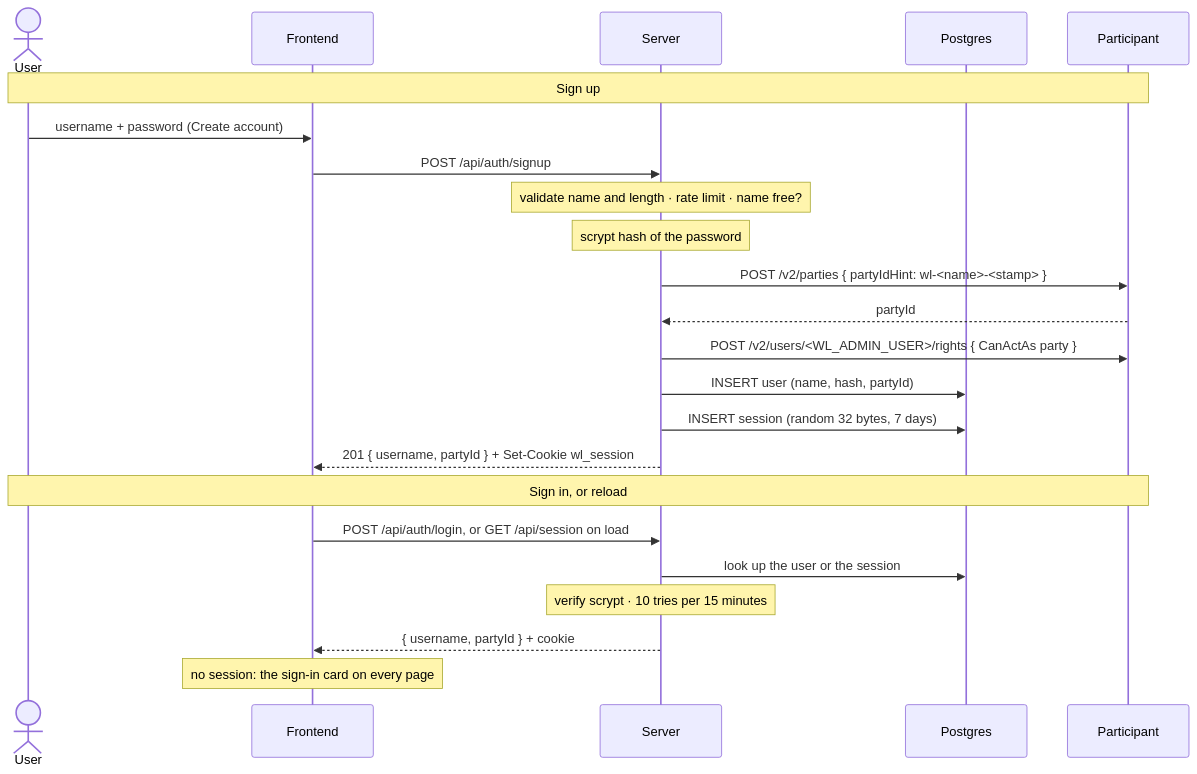
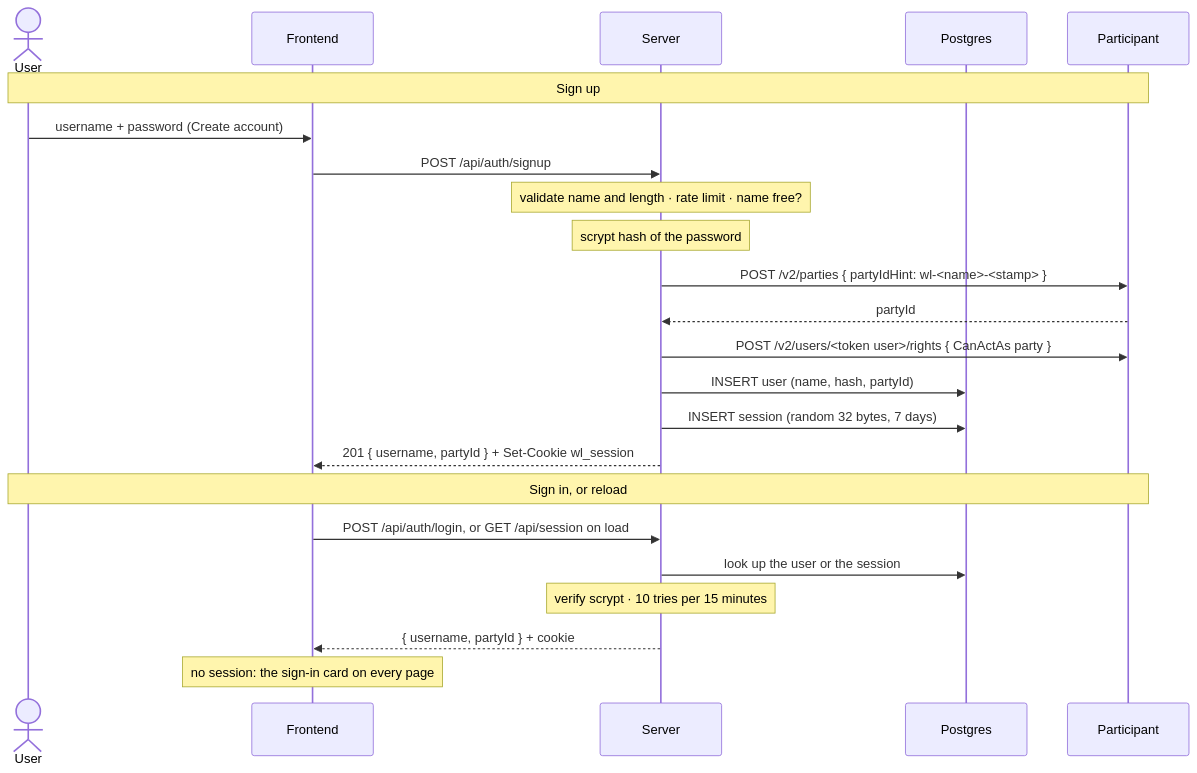
The first of 2 diagrams in example-dapps/amulet-vesting-walletless/architecture.md (BootNodeDev/canton-dappbooster), drawn with Mermaid before and after one commit. The commit also changed other lines of this file and 7 other files, not shown here.

First line of the commit message:
fix(amulet-vesting-walletless): submit as the user the ledger token names

````diff
--- a/example-dapps/amulet-vesting-walletless/architecture.md
+++ b/example-dapps/amulet-vesting-walletless/architecture.md
@@ -44,27 +44,27 @@
 ```mermaid
 sequenceDiagram
   actor User
   participant FE as Frontend
   participant S as Server
   participant DB as Postgres
   participant P as Participant
 
   Note over User,P: Sign up
   User->>FE: username + password (Create account)
   FE->>S: POST /api/auth/signup
   Note over S: validate name and length · rate limit · name free?
   Note over S: scrypt hash of the password
   S->>P: POST /v2/parties { partyIdHint: wl-#lt;name#gt;-#lt;stamp#gt; }
   P-->>S: partyId
-  S->>P: POST /v2/users/#lt;WL_ADMIN_USER#gt;/rights { CanActAs party }
+  S->>P: POST /v2/users/#lt;token user#gt;/rights { CanActAs party }
   S->>DB: INSERT user (name, hash, partyId)
   S->>DB: INSERT session (random 32 bytes, 7 days)
   S-->>FE: 201 { username, partyId } + Set-Cookie wl_session
 
   Note over User,P: Sign in, or reload
   FE->>S: POST /api/auth/login, or GET /api/session on load
   S->>DB: look up the user or the session
   Note over S: verify scrypt · 10 tries per 15 minutes
   S-->>FE: { username, partyId } + cookie
   Note over FE: no session: the sign-in card on every page
 ```
````
